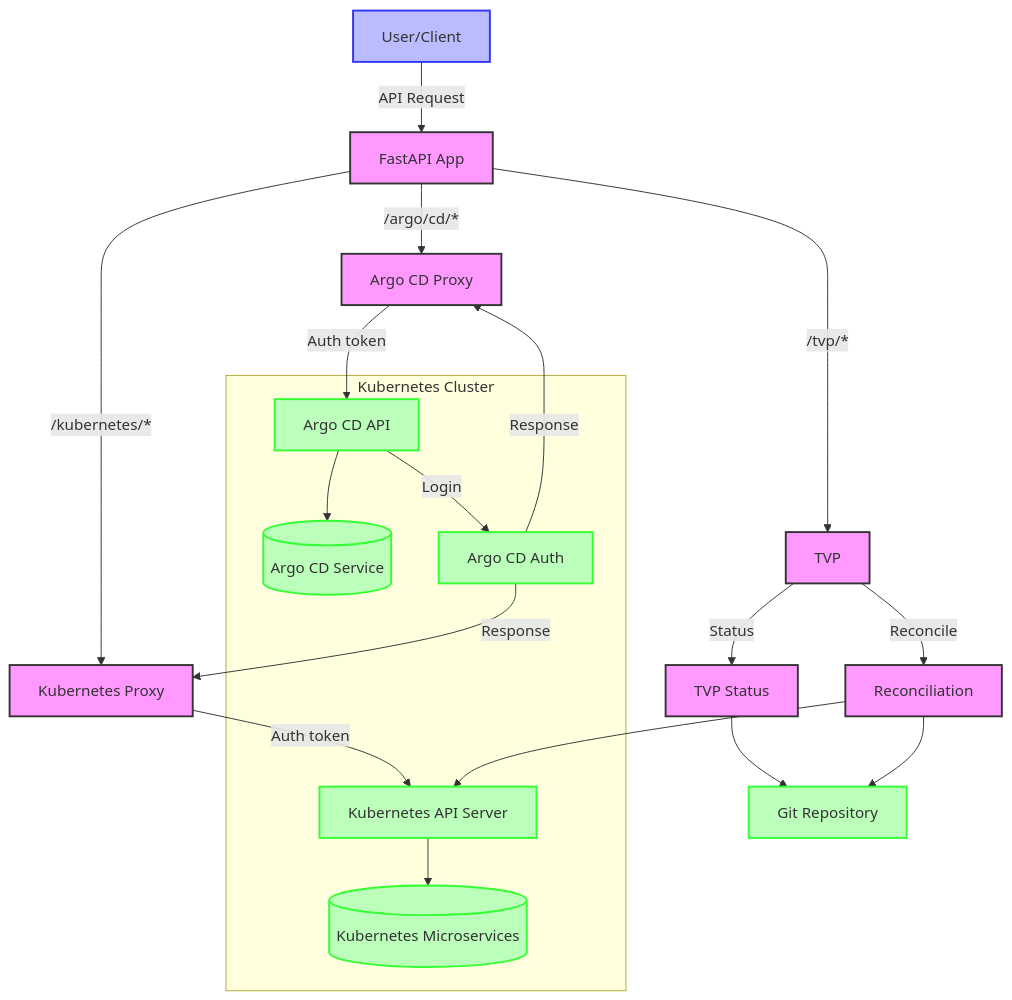
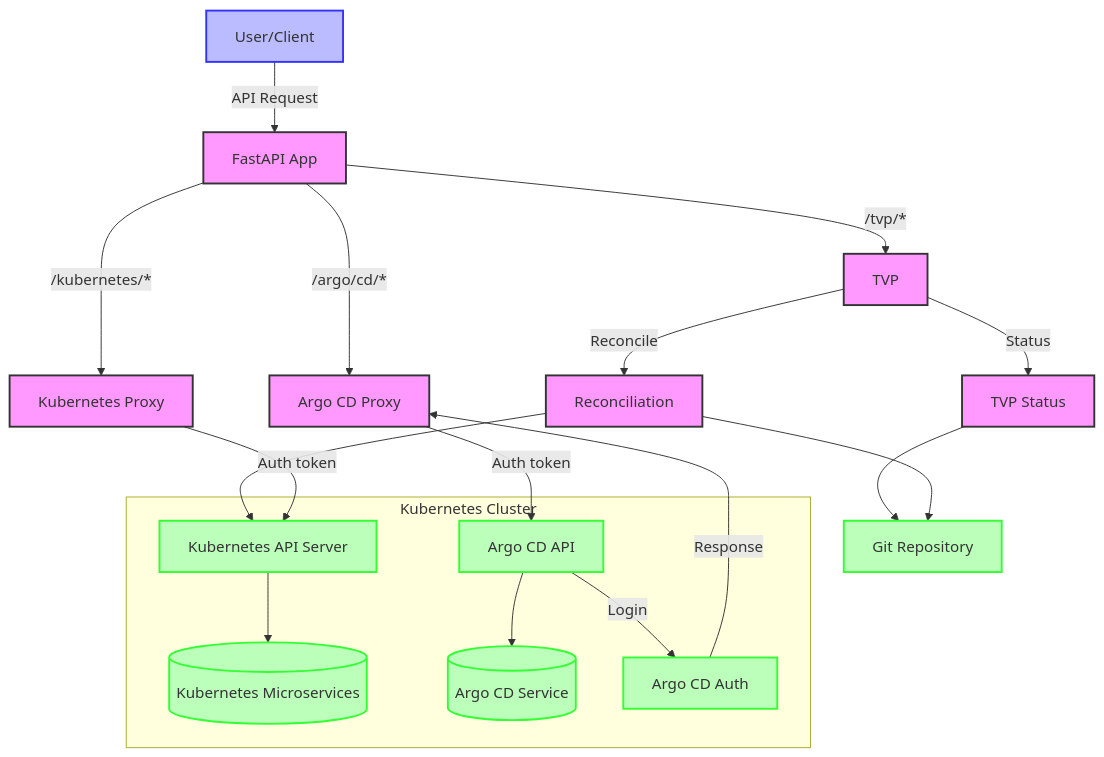
Before and after one commit to lloydchang/tvp-k8s: the diagram in fastapi/mermaid/data-flow-diagram.mermaid, drawn with Mermaid.

```diff
--- a/fastapi/mermaid/data-flow-diagram.mermaid
+++ b/fastapi/mermaid/data-flow-diagram.mermaid
@@ -1,30 +1,29 @@
 flowchart TD
     User[User/Client] -->|API Request| API[FastAPI App]
     
     API -->|/kubernetes/*| KP[Kubernetes Proxy]
     API -->|/argo/cd/*| AP[Argo CD Proxy]
     API -->|/tvp/*| TVP[TVP]
         
     TVP -->|Status| TS[TVP Status]
     TVP -->|Reconcile| R[Reconciliation]
     
     TS --> Git[Git Repository]
     R --> Git
     R --> KA
     KP -->|Auth token| KA[Kubernetes API Server]
     AP -->|Auth token| AA[Argo CD API]
     subgraph "Kubernetes Cluster"
         KA --> Kubernetes[(Kubernetes Microservices)]
         AA --> ArgoCD[(Argo CD Service)]
         AA -->|Login| Auth[Argo CD Auth]
     end
     Auth -->|Response| AP
-    Auth -->|Response| KP
 
     classDef user fill:#bbf,stroke:#33f,stroke-width:2px
     classDef app fill:#f9f,stroke:#333,stroke-width:2px
     classDef external fill:#bfb,stroke:#3f3,stroke-width:2px
     
     class User user
     class API,KP,AP,TVP,TS,R app
     class Kubernetes,ArgoCD,Git,KA,AA,Auth external
```
